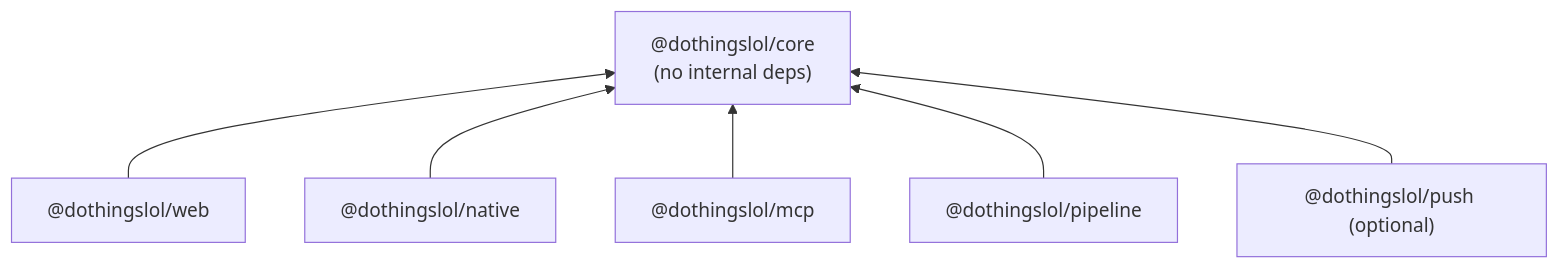
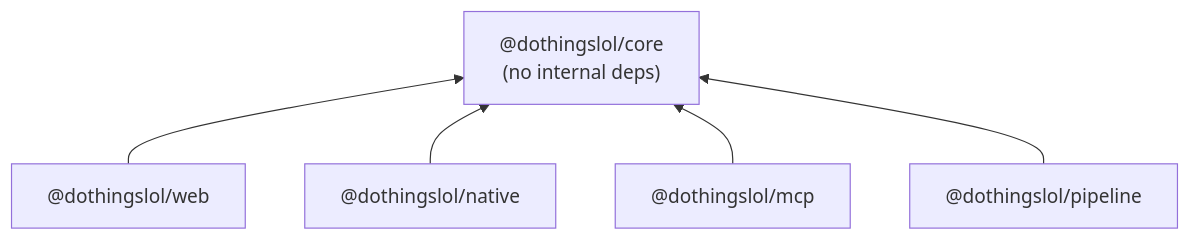
One commit to Amnesthesia/eventyr changed the diagram in docs/monorepo/PLAN.md. Above: the diagram before and after it, drawn with Mermaid. The commit also changed other lines of this file and 35 other files, not shown here.

````diff
--- a/docs/monorepo/PLAN.md
+++ b/docs/monorepo/PLAN.md
@@ -269,9 +210,8 @@
 ```mermaid
 flowchart BT
   core["@dothingslol/core<br/>(no internal deps)"]
   web["@dothingslol/web"] --> core
   native["@dothingslol/native"] --> core
   mcp["@dothingslol/mcp"] --> core
   pipeline["@dothingslol/pipeline"] --> core
-  push["@dothingslol/push (optional)"] --> core
 ```
````
